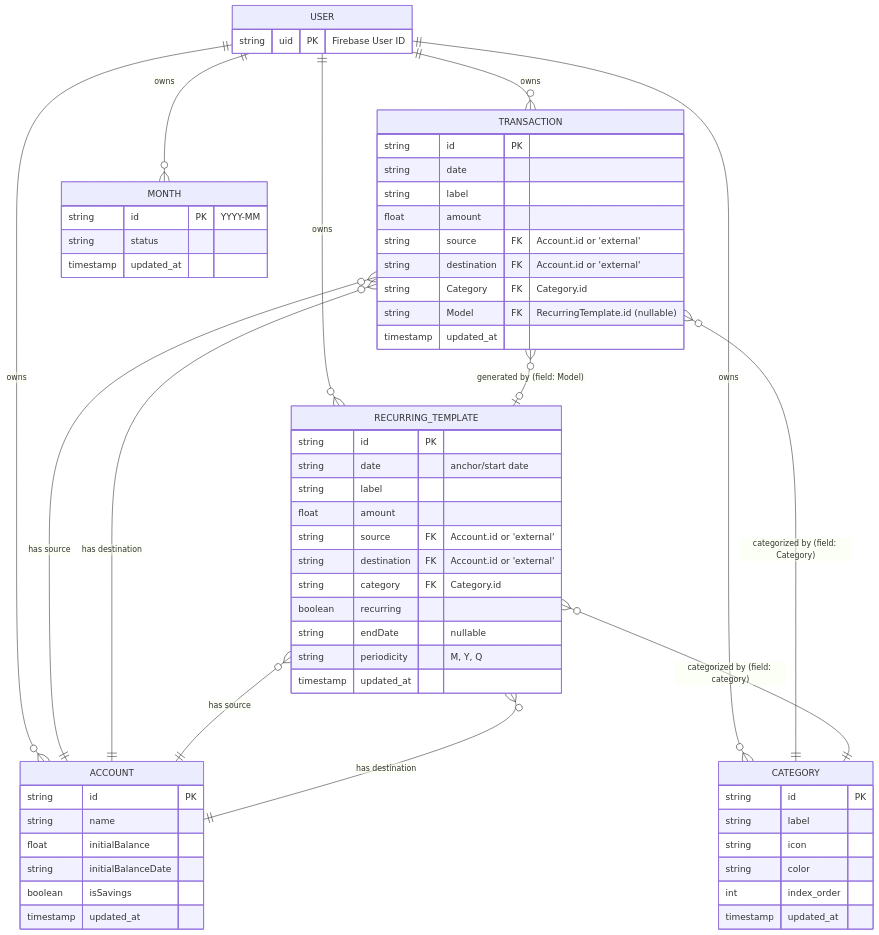
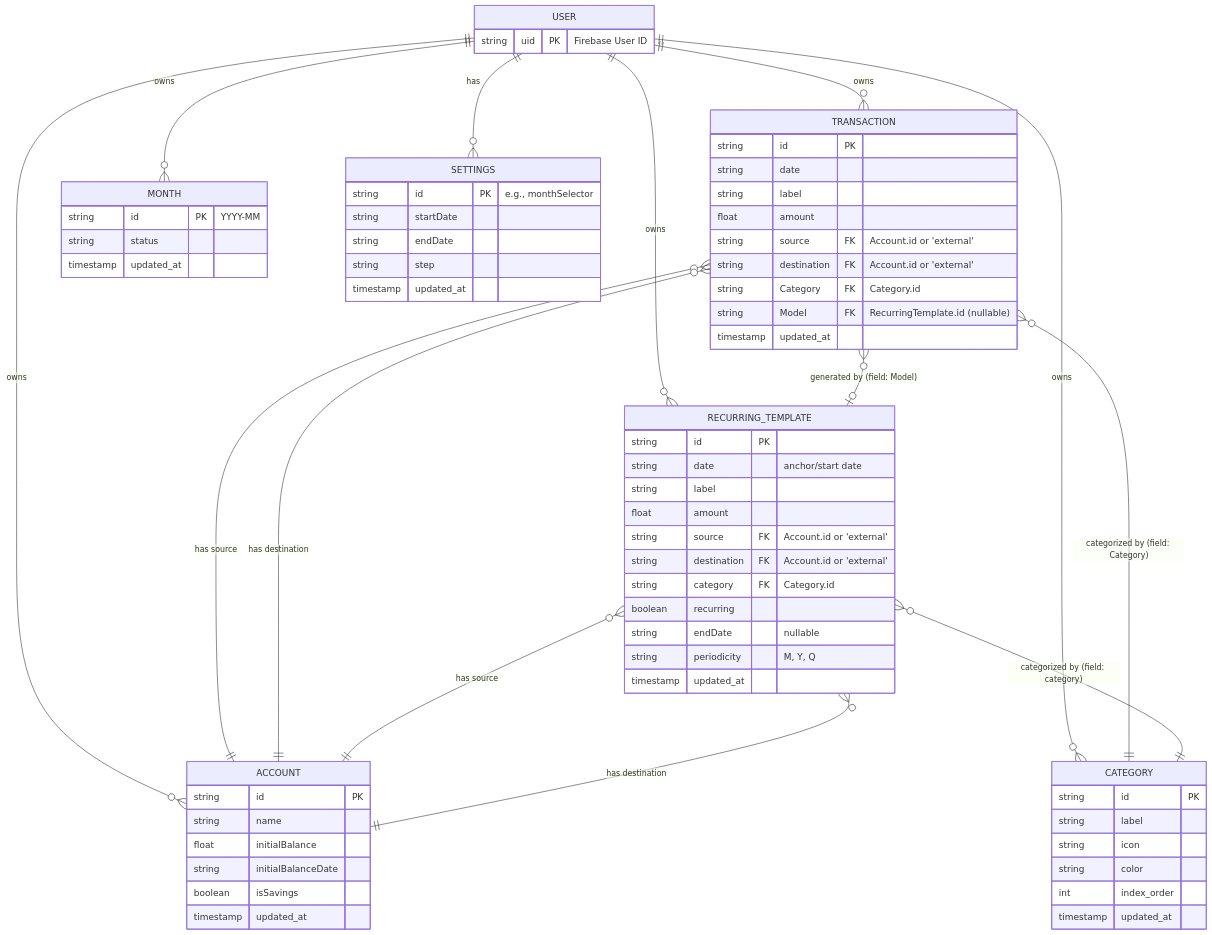
One commit to patricktsemengue/strady-budget changed the diagram in doc/erd.mermaid. Above: the diagram before and after it, drawn with Mermaid. The commit also changed 12 other files, not shown here.

```diff
--- a/doc/erd.mermaid
+++ b/doc/erd.mermaid
@@ -1,69 +1,78 @@
 erDiagram
     USER {
         string uid PK "Firebase User ID"
     }
 
     USER ||--o{ ACCOUNT : owns
     USER ||--o{ CATEGORY : owns
     USER ||--o{ TRANSACTION : owns
     USER ||--o{ RECURRING_TEMPLATE : owns
     USER ||--o{ MONTH : owns
+    USER ||--o{ SETTINGS : has
+
+    SETTINGS {
+        string id PK "e.g., monthSelector"
+        string startDate
+        string endDate
+        string step
+        timestamp updated_at
+    }
 
     ACCOUNT {
         string id PK
         string name
         float initialBalance
         string initialBalanceDate
         boolean isSavings
         timestamp updated_at
     }
 
     CATEGORY {
         string id PK
         string label
         string icon
         string color
         int index_order
         timestamp updated_at
     }
 
     TRANSACTION {
         string id PK
         string date
         string label
         float amount
         string source FK "Account.id or 'external'"
         string destination FK "Account.id or 'external'"
         string Category FK "Category.id"
         string Model FK "RecurringTemplate.id (nullable)"
         timestamp updated_at
     }
 
     RECURRING_TEMPLATE {
         string id PK
         string date "anchor/start date"
         string label
         float amount
         string source FK "Account.id or 'external'"
         string destination FK "Account.id or 'external'"
         string category FK "Category.id"
         boolean recurring
         string endDate "nullable"
         string periodicity "M, Y, Q"
         timestamp updated_at
     }
 
     MONTH {
         string id PK "YYYY-MM"
         string status
         timestamp updated_at
     }
 
     TRANSACTION }o--|| ACCOUNT : "has source"
     TRANSACTION }o--|| ACCOUNT : "has destination"
     TRANSACTION }o--|| CATEGORY : "categorized by (field: Category)"
     TRANSACTION }o--o| RECURRING_TEMPLATE : "generated by (field: Model)"
 
     RECURRING_TEMPLATE }o--|| ACCOUNT : "has source"
     RECURRING_TEMPLATE }o--|| ACCOUNT : "has destination"
     RECURRING_TEMPLATE }o--|| CATEGORY : "categorized by (field: category)"
```
